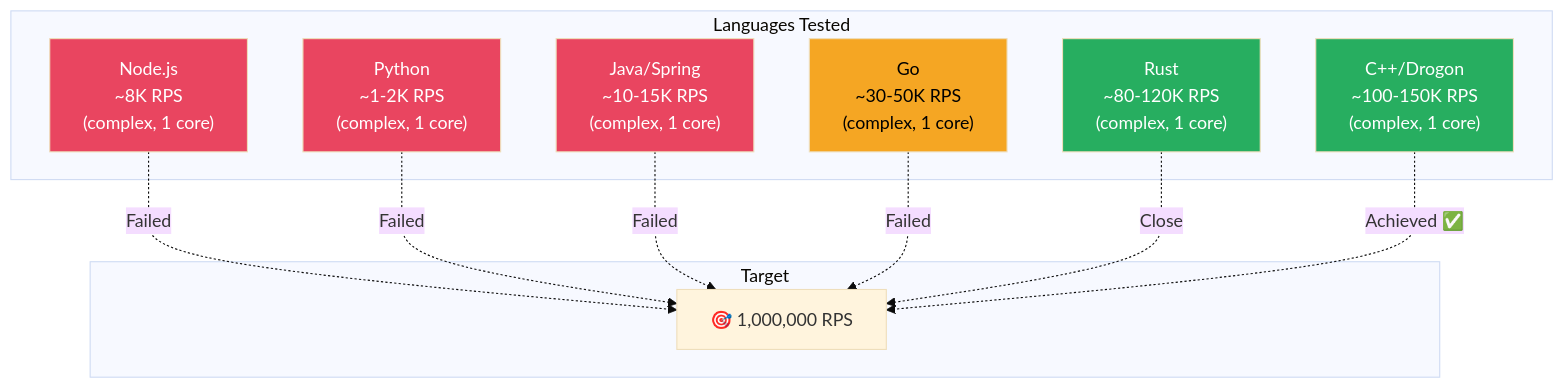
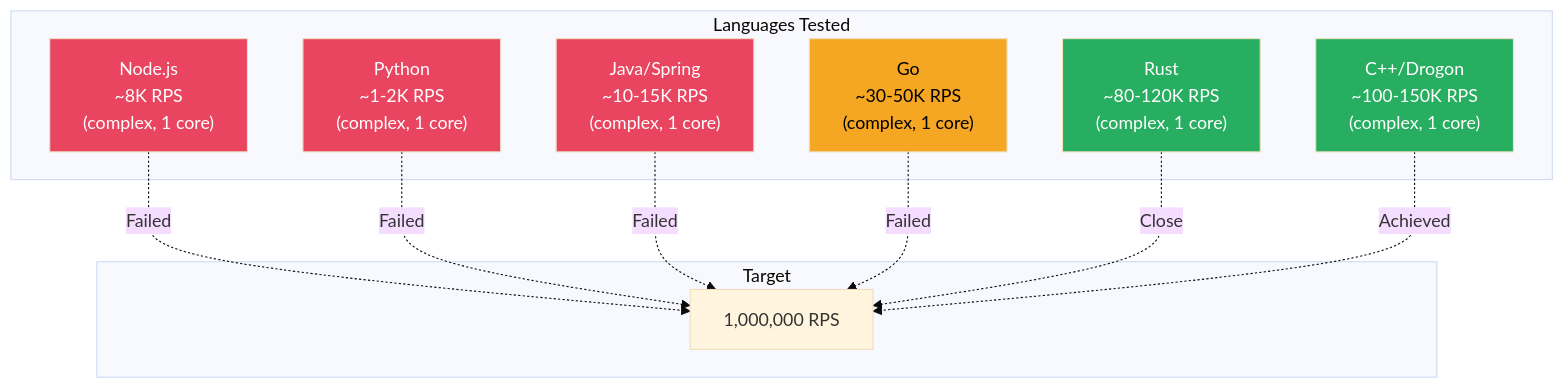
Before and after one commit to Vtheonly/Obsidian_Notes: the first of 2 diagrams in SWE/System Design/1 Million RPS Knowledge/Chapter 8. High-Performance Languages/8.4 Language Performance Comparison.md, drawn with Mermaid (base theme). The commit also changed 1506 other files, not shown here.

````diff
--- a/SWE/System Design/1 Million RPS Knowledge/Chapter 8. High-Performance Languages/8.4 Language Performance Comparison.md
+++ b/SWE/System Design/1 Million RPS Knowledge/Chapter 8. High-Performance Languages/8.4 Language Performance Comparison.md
@@ -19,29 +19,29 @@
 ```mermaid
 graph TD
     subgraph "Languages Tested"
         A["Node.js<br/>~8K RPS<br/>(complex, 1 core)"]
         B["Python<br/>~1-2K RPS<br/>(complex, 1 core)"]
         C["Java/Spring<br/>~10-15K RPS<br/>(complex, 1 core)"]
         D["Go<br/>~30-50K RPS<br/>(complex, 1 core)"]
         E["Rust<br/>~80-120K RPS<br/>(complex, 1 core)"]
         F["C++/Drogon<br/>~100-150K RPS<br/>(complex, 1 core)"]
     end
     
     subgraph "Target"
-        G["🎯 1,000,000 RPS"]
+        G[" 1,000,000 RPS"]
     end
     
     A -.->|"Failed"| G
     B -.->|"Failed"| G
     C -.->|"Failed"| G
     D -.->|"Failed"| G
     E -.->|"Close"| G
-    F -.->|"Achieved ✅"| G
+    F -.->|"Achieved "| G
     
     style A fill:#e94560,color:#ffffff
     style B fill:#e94560,color:#ffffff
     style C fill:#e94560,color:#ffffff
     style D fill:#f5a623,color:#000000
     style E fill:#27ae60,color:#ffffff
     style F fill:#27ae60,color:#ffffff
 ```
````
